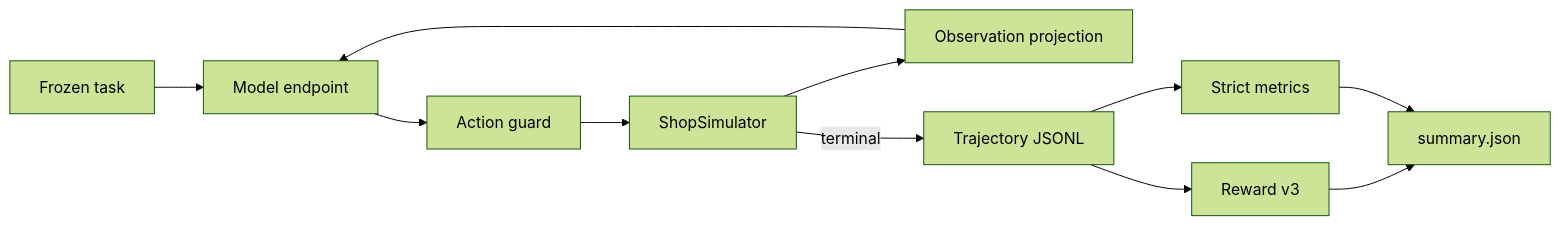
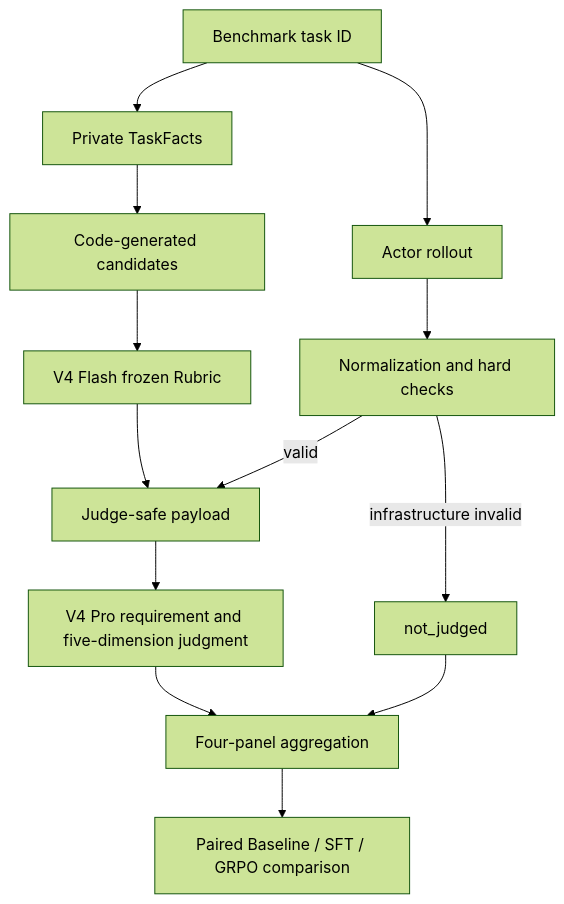
The second of 2 diagrams in README.en.md (19803118392/shopping-grpo-longhorizon), drawn with Mermaid (forest theme) before and after one commit. The commit also changed other lines of this file and 17 other files, not shown here.

````diff
--- a/README.en.md
+++ b/README.en.md
@@ -82,13 +89,15 @@
 ```mermaid
-flowchart LR
-    A[Frozen task] --> B[Model endpoint]
-    B --> C[Action guard]
-    C --> D[ShopSimulator]
-    D --> E[Observation projection]
-    E --> B
-    D -->|terminal| F[Trajectory JSONL]
-    F --> G[Reward v3]
-    F --> H[Strict metrics]
-    G --> I[summary.json]
-    H --> I
+flowchart TD
+    A[Benchmark task ID] --> B[Private TaskFacts]
+    B --> C[Code-generated candidates]
+    C --> D[V4 Flash frozen Rubric]
+    A --> E[Actor rollout]
+    E --> F[Normalization and hard checks]
+    F -->|valid| G[Judge-safe payload]
+    D --> G
+    G --> H[V4 Pro requirement and five-dimension judgment]
+    F -->|infrastructure invalid| I[not_judged]
+    H --> J[Four-panel aggregation]
+    I --> J
+    J --> K[Paired Baseline / SFT / GRPO comparison]
 ```
````
